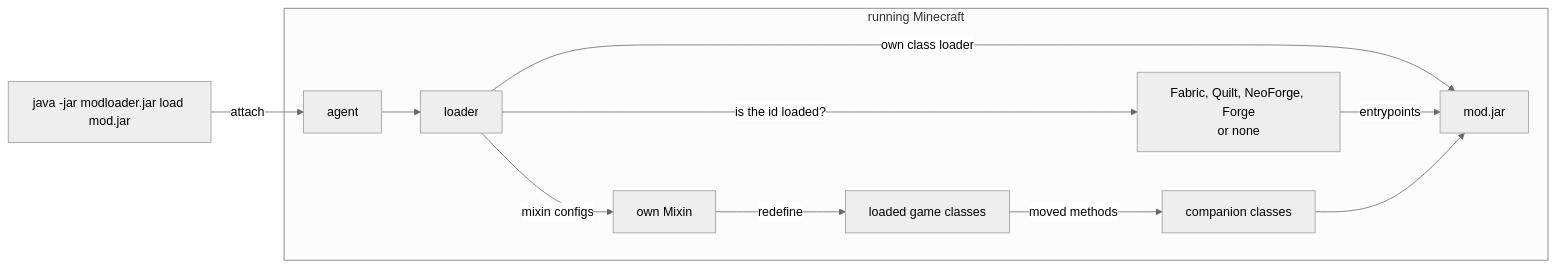
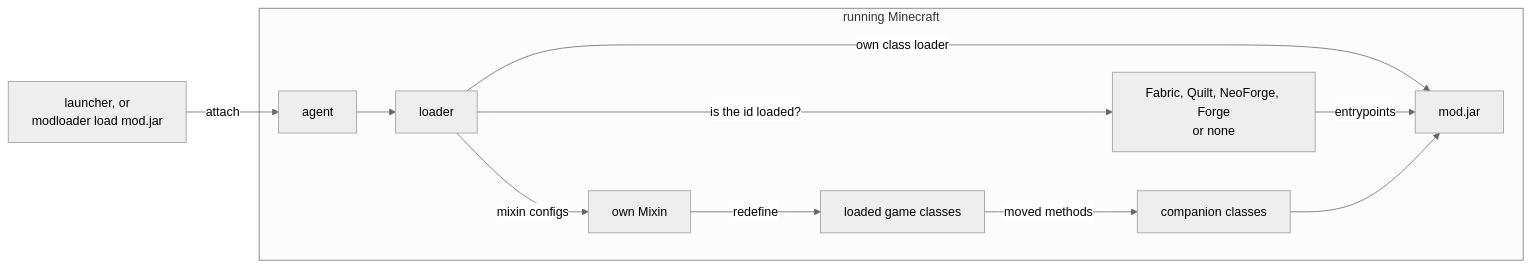
Before and after one commit to CCBlueX/ModLoader: the diagram in README.md, drawn with Mermaid (neutral theme). The commit also changed other lines of this file and 40 other files, not shown here.

````diff
--- a/README.md
+++ b/README.md
@@ -9,14 +9,14 @@
 ```mermaid
 flowchart LR
-    cli["java -jar modloader.jar load mod.jar"] -- attach --> agent
+    cli["launcher, or<br/>modloader load mod.jar"] -- attach --> agent
     subgraph game ["running Minecraft"]
         agent --> loader
         loader -- "is the id loaded?" --> framework["Fabric, Quilt, NeoForge, Forge<br/>or none"]
         loader -- "own class loader" --> mod["mod.jar"]
         framework -- entrypoints --> mod
         loader -- "mixin configs" --> mixin["own Mixin"]
         mixin -- "redefine" --> classes["loaded game classes"]
         classes -- "moved methods" --> companions["companion classes"]
         companions --> mod
     end
 ```
````
